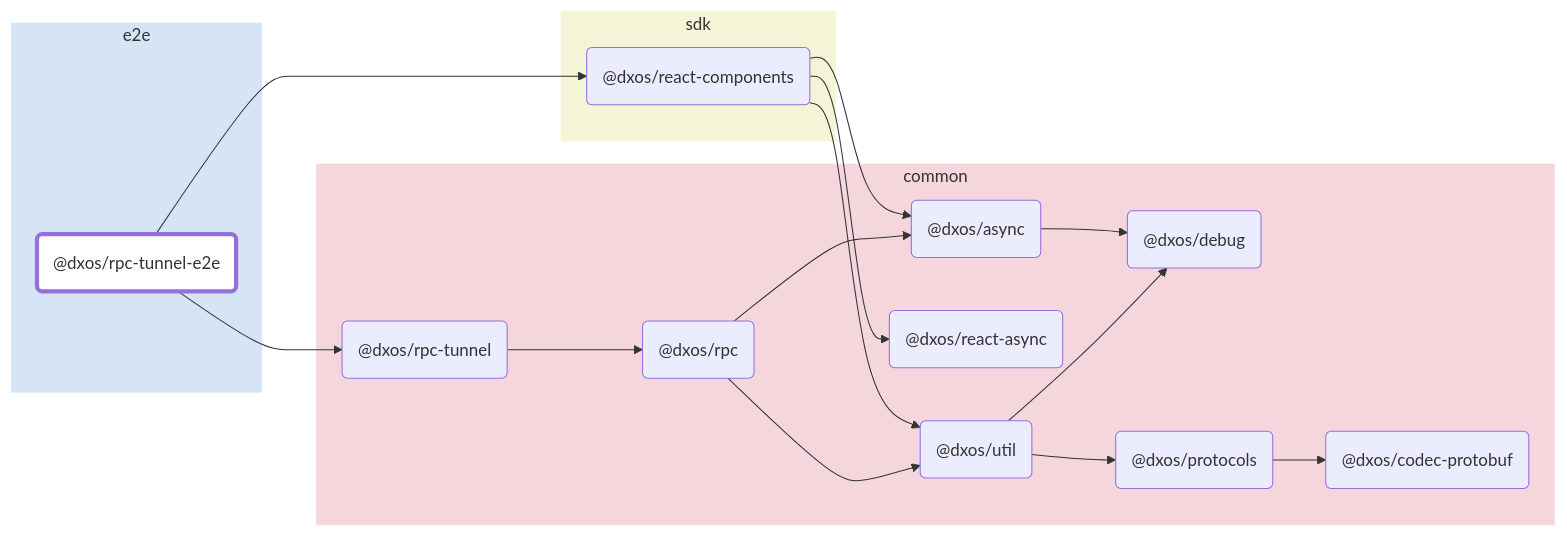
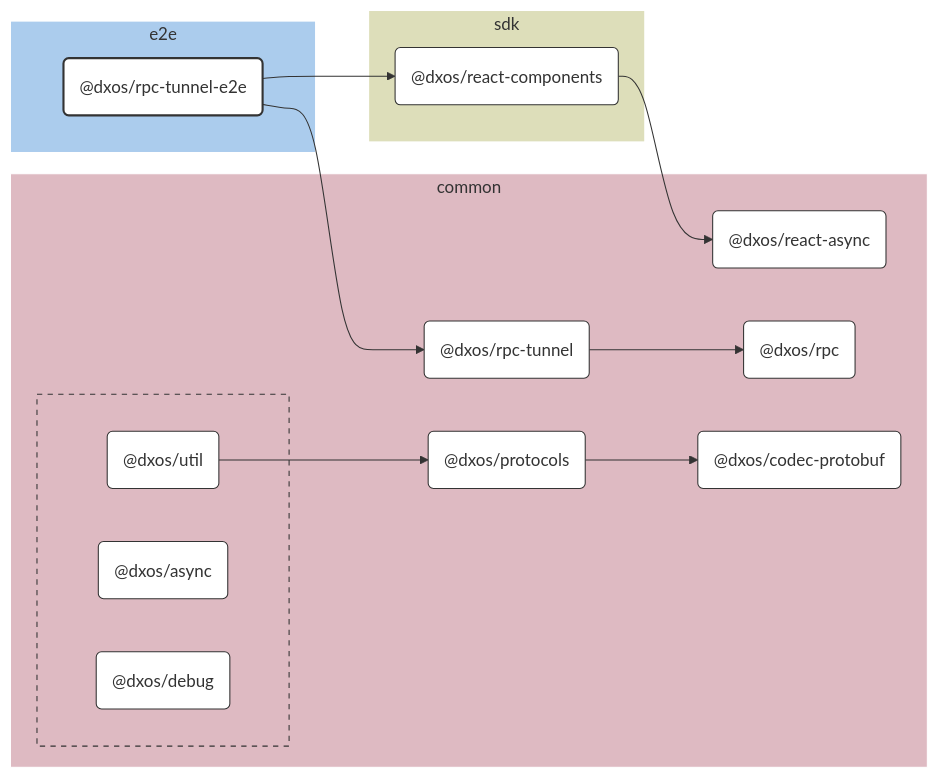
One commit to dxos/dxos changed the diagram in e2e/rpc-tunnel/docs/README.md. Above: the diagram before and after it, drawn with Mermaid. The commit also changed 100 other files, not shown here.

````diff
--- a/e2e/rpc-tunnel/docs/README.md
+++ b/e2e/rpc-tunnel/docs/README.md
@@ -7,50 +7,73 @@
 ```mermaid
-flowchart LR;
+%%{ init: {'flowchart':{'curve':'basis'}} }%%
 
-style dxos/rpc-tunnel-e2e fill:#fff,stroke-width:4px;
+flowchart LR
 
-click dxos/async "https:/github.com/dxos/dxos/tree/main/packages/common/async/docs";
-click dxos/debug "https:/github.com/dxos/dxos/tree/main/packages/common/debug/docs";
-click dxos/codec-protobuf "https:/github.com/dxos/dxos/tree/main/packages/common/codec-protobuf/docs";
-click dxos/protocols "https:/github.com/dxos/dxos/tree/main/packages/common/protocols/docs";
-click dxos/react-async "https:/github.com/dxos/dxos/tree/main/packages/common/react-async/docs";
-click dxos/react-components "https:/github.com/dxos/dxos/tree/main/packages/sdk/react-components/docs";
-click dxos/util "https:/github.com/dxos/dxos/tree/main/packages/common/util/docs";
-click dxos/rpc "https:/github.com/dxos/dxos/tree/main/packages/common/rpc/docs";
-click dxos/rpc-tunnel "https:/github.com/dxos/dxos/tree/main/packages/common/rpc-tunnel/docs";
+%% Links
+dxos/protocols --> dxos/codec-protobuf;
+dxos/react-components --> dxos/react-async;
+dxos/rpc-tunnel --> dxos/rpc;
+dxos/rpc-tunnel-e2e --> dxos/react-components;
+dxos/rpc-tunnel-e2e --> dxos/rpc-tunnel;
+dxos/util --> dxos/protocols;
 
+%% Sections
 subgraph e2e
-  style e2e fill:#d6e5f5,stroke:#fff;
-  dxos/rpc-tunnel-e2e("@dxos/rpc-tunnel-e2e");
+  style e2e fill:#abcced,stroke:#fff;
+
+  dxos/rpc-tunnel-e2e("@dxos/rpc-tunnel-e2e")
 end
 
 subgraph common
-  style common fill:#f5d6dd,stroke:#fff;
-  dxos/async("@dxos/async");
-  dxos/debug("@dxos/debug");
-  dxos/codec-protobuf("@dxos/codec-protobuf");
-  dxos/protocols("@dxos/protocols");
-  dxos/react-async("@dxos/react-async");
-  dxos/util("@dxos/util");
-  dxos/rpc("@dxos/rpc");
-  dxos/rpc-tunnel("@dxos/rpc-tunnel");
+  style common fill:#debac2,stroke:#fff;
+
+  dxos/codec-protobuf("@dxos/codec-protobuf")
+  dxos/protocols("@dxos/protocols")
+  dxos/react-async("@dxos/react-async")
+  dxos/rpc("@dxos/rpc")
+  dxos/rpc-tunnel("@dxos/rpc-tunnel")
+
+  subgraph common-excluded [ ]
+    style common-excluded fill:#debac2,stroke:#333,stroke-dasharray:5 5;
+
+    dxos/async("@dxos/async")
+    dxos/debug("@dxos/debug")
+    dxos/util("@dxos/util")
+  end
 end
 
 subgraph sdk
-  style sdk fill:#f4f5d6,stroke:#fff;
-  dxos/react-components("@dxos/react-components");
+  style sdk fill:#dddeba,stroke:#fff;
+
+  dxos/react-components("@dxos/react-components")
 end
 
-dxos/async --> dxos/debug;
-dxos/protocols --> dxos/codec-protobuf;
-dxos/rpc-tunnel-e2e --> dxos/react-components;
-dxos/react-components --> dxos/async;
-dxos/react-components --> dxos/react-async;
-dxos/react-components --> dxos/util;
-dxos/util --> dxos/debug;
-dxos/util --> dxos/protocols;
-dxos/rpc --> dxos/async;
-dxos/rpc --> dxos/util;
-dxos/rpc-tunnel-e2e --> dxos/rpc-tunnel;
-dxos/rpc-tunnel --> dxos/rpc;
+
+%% Hyperlinks
+click dxos/async href "https:/github.com/dxos/dxos/tree/main/packages/common/async/docs";
+click dxos/codec-protobuf href "https:/github.com/dxos/dxos/tree/main/packages/common/codec-protobuf/docs";
+click dxos/debug href "https:/github.com/dxos/dxos/tree/main/packages/common/debug/docs";
+click dxos/protocols href "https:/github.com/dxos/dxos/tree/main/packages/common/protocols/docs";
+click dxos/react-async href "https:/github.com/dxos/dxos/tree/main/packages/common/react-async/docs";
+click dxos/react-components href "https:/github.com/dxos/dxos/tree/main/packages/sdk/react-components/docs";
+click dxos/rpc href "https:/github.com/dxos/dxos/tree/main/packages/common/rpc/docs";
+click dxos/rpc-tunnel href "https:/github.com/dxos/dxos/tree/main/packages/common/rpc-tunnel/docs";
+click dxos/util href "https:/github.com/dxos/dxos/tree/main/packages/common/util/docs";
+
+%% Styles
+classDef rootNode fill:#fff,stroke:#333,stroke-width:2px
+classDef defaultNode fill:#fff,stroke:#333,stroke-width:1px
+linkStyle default stroke:#333,stroke-width:1px
+
+dxos/rpc-tunnel-e2e:::rootNode
+
+dxos/async:::defaultNode
+dxos/codec-protobuf:::defaultNode
+dxos/debug:::defaultNode
+dxos/protocols:::defaultNode
+dxos/react-async:::defaultNode
+dxos/react-components:::defaultNode
+dxos/rpc:::defaultNode
+dxos/rpc-tunnel:::defaultNode
+dxos/util:::defaultNode
 ```
````
